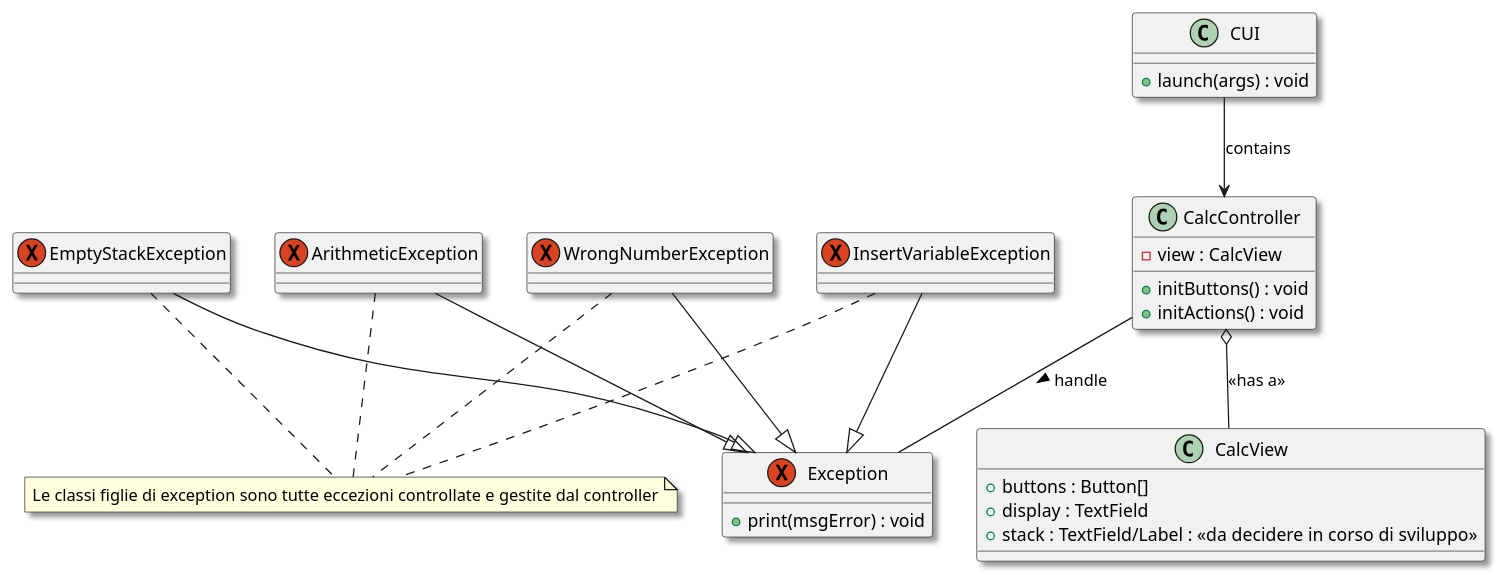
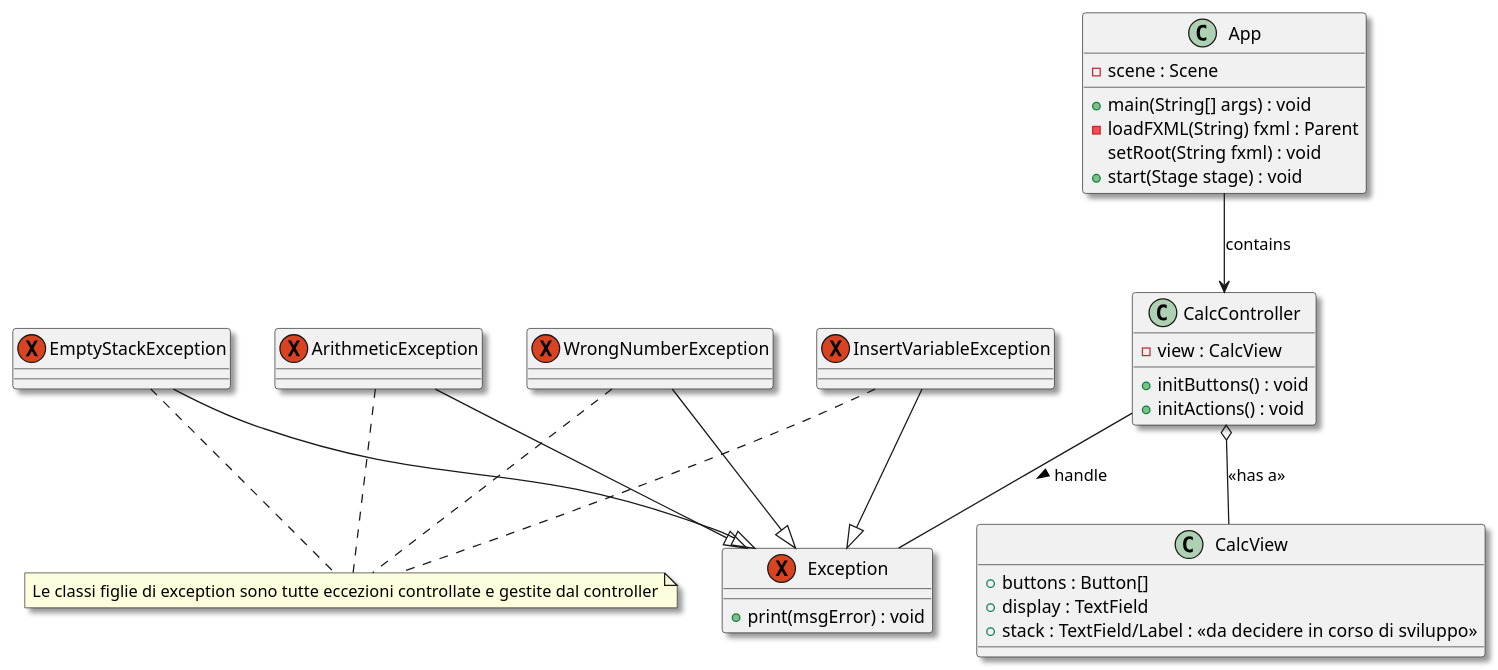
Before and after one commit to LuciaNancyLavista/Gruppo06_software_eng_L.I.V.P: the diagram in CalcolatriceProgrammabile/Diagrams/Class Diagrams/UserInterfaceClassDiagramm.puml, drawn with PlantUML. The commit also changed 6 other files, not shown here.

First line of the commit message:
Update Diagrams

```diff
--- a/CalcolatriceProgrammabile/Diagrams/Class Diagrams/UserInterfaceClassDiagramm.puml
+++ b/CalcolatriceProgrammabile/Diagrams/Class Diagrams/UserInterfaceClassDiagramm.puml
@@ -1,54 +1,58 @@
 @startuml CUIClassDiagramm
 skinparam shadowing true 
 
 note "Le classi figlie di exception sono tutte eccezioni controllate e gestite dal controller" as N1
-class CUI{
-    + launch(args) : void
+class App{
+    - scene : Scene
+    + main(String[] args) : void
+    - loadFXML(String) fxml : Parent
+      setRoot(String fxml) : void
+    + start(Stage stage) : void
 }
 
 class CalcController{
     - view : CalcView
     + initButtons() : void
     + initActions() : void 
 }
 class CalcView{
     + buttons : Button[]
     + display : TextField
     + stack : TextField/Label : <<da decidere in corso di sviluppo>> 
 }
 
 exception Exception{
     + print(msgError) : void
 }
 
 exception EmptyStackException{
 
 }
 
 exception InsertVariableException{
 
 }
 
 exception WrongNumberException{
 
 }
 
 exception ArithmeticException{
 
 }
 
 EmptyStackException --|> Exception
 InsertVariableException --|> Exception
 WrongNumberException --|> Exception
 ArithmeticException --|> Exception
 
 EmptyStackException .. N1
 InsertVariableException .. N1 
 WrongNumberException .. N1
 ArithmeticException .. N1
 
 
-CUI --> CalcController : contains
+App --> CalcController : contains
 CalcController -- Exception : handle >
 CalcController o-- CalcView : <<has a>>
 @enduml
```
